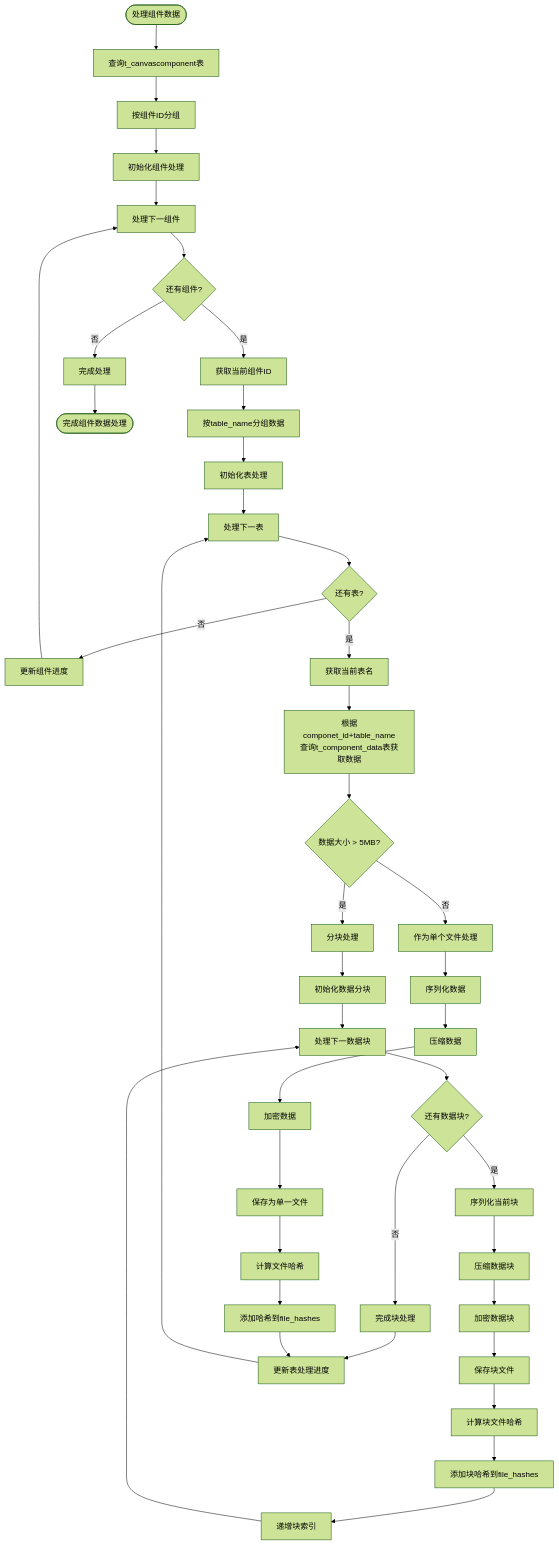
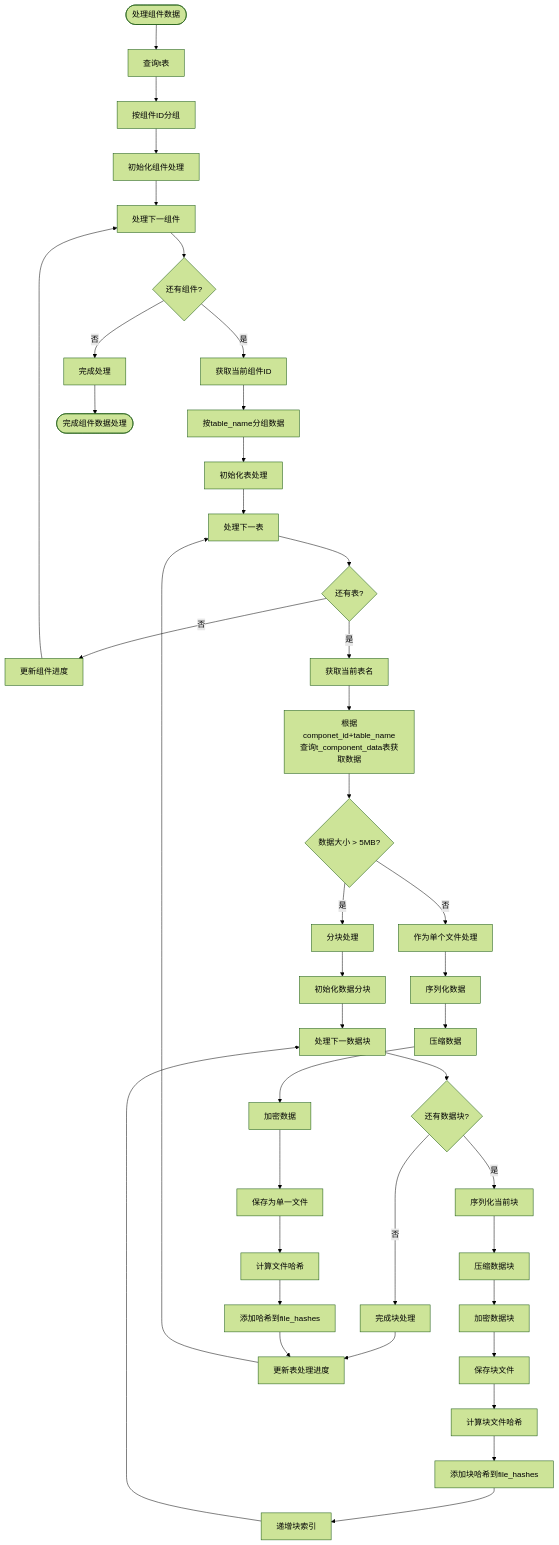
Before and after one commit to yingjianzh/iodraw-files: the diagram in all/未命名-56.md, drawn with Mermaid (forest theme).

Commit message:
2025-05-12 14:22:32 update

````diff
--- a/all/未命名-56.md
+++ b/all/未命名-56.md
@@ -1,57 +1,57 @@
 ```mermaid
 
 flowchart TD
-    Start([处理组件数据]) --> QueryDB[查询t_canvascomponent表]
+    Start([处理组件数据]) --> QueryDB[查询t表]
     QueryDB --> GroupByComp[按组件ID分组]
     GroupByComp --> InitCompProcess[初始化组件处理]
     
     InitCompProcess --> ProcessNextComp[处理下一组件]
     ProcessNextComp --> MoreComps{还有组件?}
     MoreComps -->|否| CompleteProcess[完成处理]
     MoreComps -->|是| GetCompID[获取当前组件ID]
     
     GetCompID --> GroupByTable[按table_name分组数据]
     GroupByTable --> InitTableProcess[初始化表处理]
     
     InitTableProcess --> ProcessNextTable[处理下一表]
     ProcessNextTable --> MoreTables{还有表?}
     MoreTables -->|否| UpdateCompProgress[更新组件进度]
     MoreTables -->|是| GetTableName[获取当前表名]
     
     UpdateCompProgress --> ProcessNextComp
     
     GetTableName --> QueryTableData[根据componet_id+table_name查询t_component_data表获取数据]
     QueryTableData --> DataSize{数据大小 > 5MB?}
     
     DataSize -->|否| ProcessSingleFile[作为单个文件处理]
     DataSize -->|是| ProcessMultipleChunks[分块处理]
     
     ProcessSingleFile --> SerializeData[序列化数据]
     SerializeData --> CompressData[压缩数据]
     CompressData --> EncryptData[加密数据]
     EncryptData --> SaveSingleFile[保存为单一文件]
     SaveSingleFile --> CalcFileHash[计算文件哈希]
     CalcFileHash --> AddToFileHashes[添加哈希到file_hashes]
 
     ProcessMultipleChunks --> InitChunks[初始化数据分块]
     InitChunks --> ProcessNextChunk[处理下一数据块]
     
     ProcessNextChunk --> MoreChunks{还有数据块?}
     MoreChunks -->|否| CompleteChunks[完成块处理]
     MoreChunks -->|是| SerializeChunk[序列化当前块]
     
     SerializeChunk --> CompressChunk[压缩数据块]
     CompressChunk --> EncryptChunk[加密数据块]
     EncryptChunk --> SaveChunkFile[保存块文件]
     SaveChunkFile --> CalcChunkHash[计算块文件哈希]
     CalcChunkHash --> AddChunkHash[添加块哈希到file_hashes]
     AddChunkHash --> IncrementChunkIndex[递增块索引]
     IncrementChunkIndex --> ProcessNextChunk
     
     CompleteChunks --> UpdateTableProgress[更新表处理进度]
     AddToFileHashes --> UpdateTableProgress
     UpdateTableProgress --> ProcessNextTable
     
     CompleteProcess --> End([完成组件数据处理])
 
 ```
````
